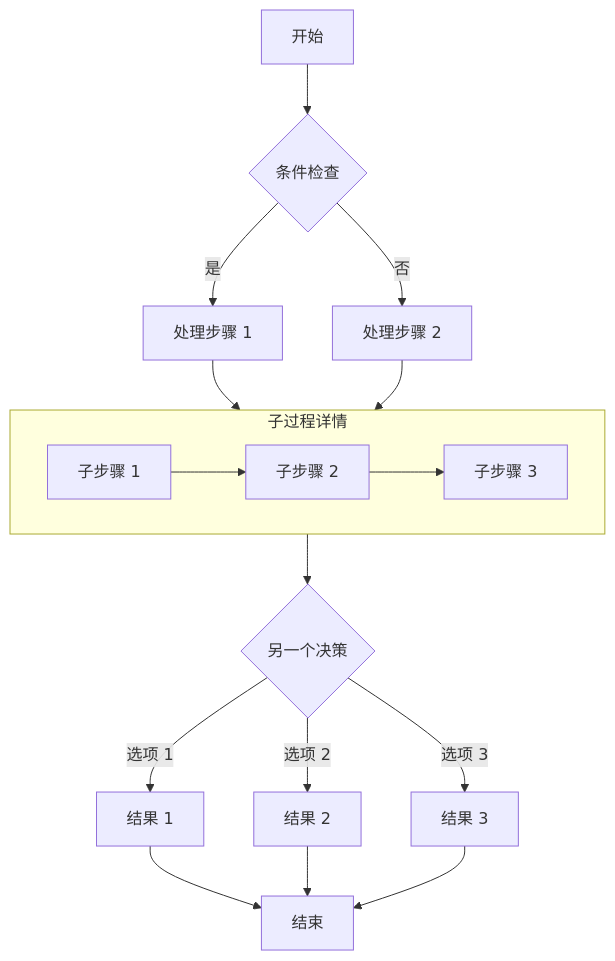
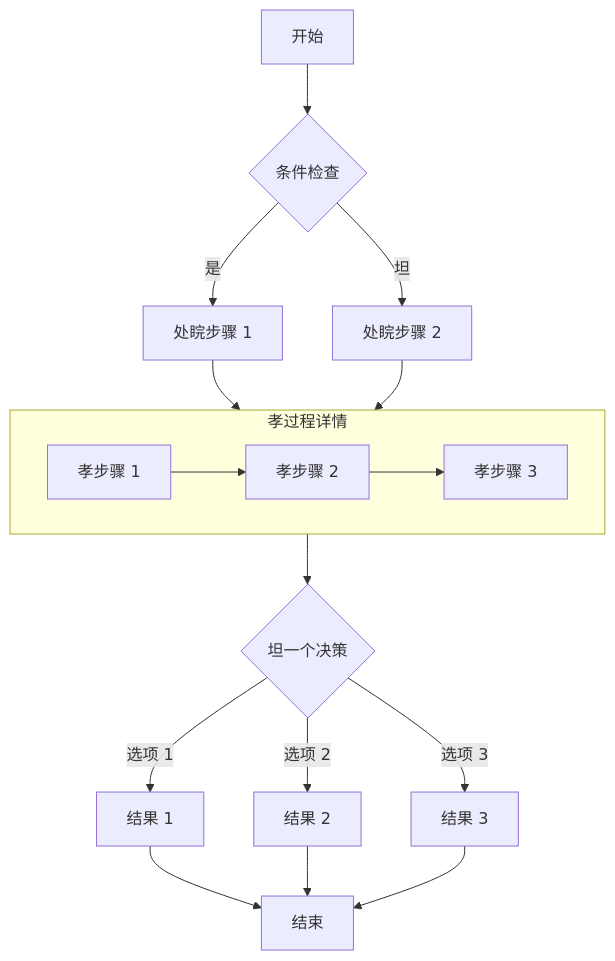
Before and after one commit to Mical-517/Firefly-blog: the diagram in src/content/posts/encrypted-demo.md, drawn with Mermaid. The commit also changed other lines of this file and 9 other files, not shown here.

````diff
--- a/src/content/posts/encrypted-demo.md
+++ b/src/content/posts/encrypted-demo.md
@@ -97,19 +97,19 @@
 ```mermaid
 graph TD
     A[开始] --> B{条件检查}
-    B -->|是| C[处理步骤 1]
-    B -->|否| D[处理步骤 2]
-    C --> E[子过程]
+    B -->|是| C[处睆步骤 1]
+    B -->|坦| D[处睆步骤 2]
+    C --> E[孝过程]
     D --> E
-    subgraph E [子过程详情]
-        E1[子步骤 1] --> E2[子步骤 2]
-        E2 --> E3[子步骤 3]
+    subgraph E [孝过程详情]
+        E1[孝步骤 1] --> E2[孝步骤 2]
+        E2 --> E3[孝步骤 3]
     end
-    E --> F{另一个决策}
+    E --> F{坦一个决策}
     F -->|选项 1| G[结果 1]
     F -->|选项 2| H[结果 2]
     F -->|选项 3| I[结果 3]
     G --> J[结束]
     H --> J
     I --> J
 ```
````
